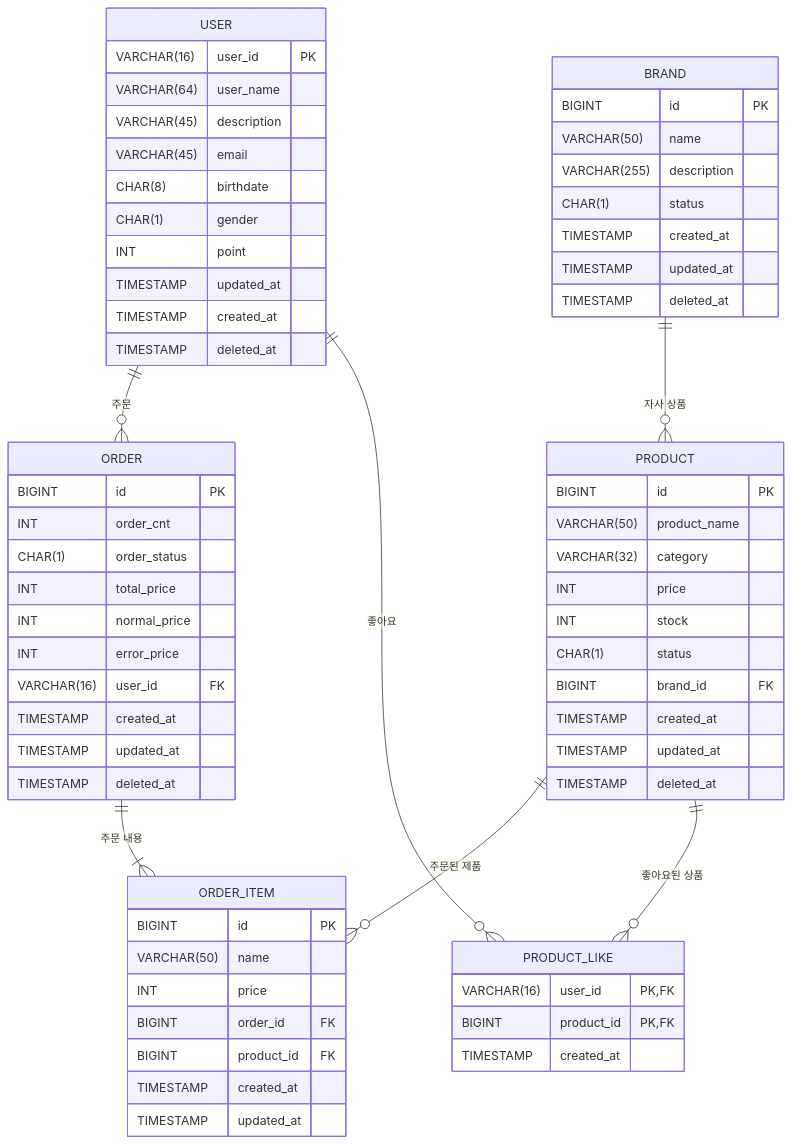
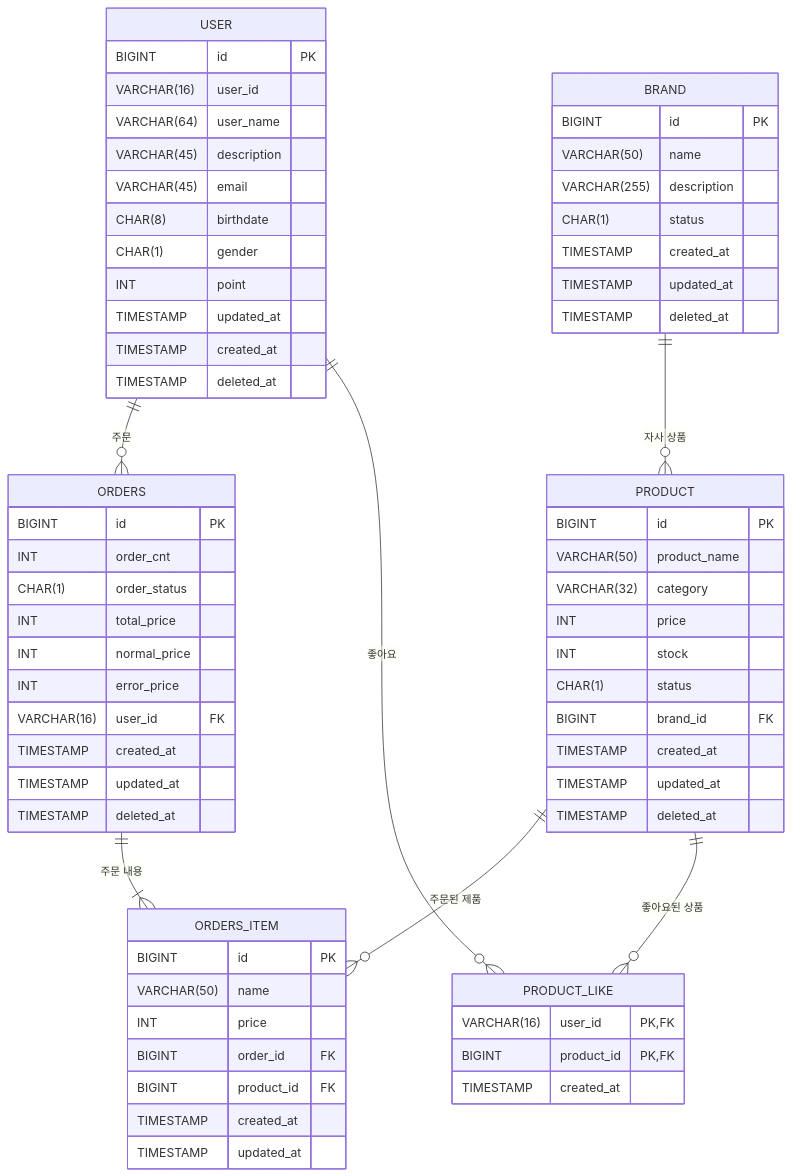
The diagram in docs/week2/04-erd.md (Loopers-dev-lab/loopers-spring-java-template), drawn with Mermaid before and after one commit.

Commit message:
fix: erd 업데이트
- order 테이블 -> orders 테이블

````diff
--- a/docs/week2/04-erd.md
+++ b/docs/week2/04-erd.md
@@ -20,78 +20,79 @@
 ```mermaid
 erDiagram
 
     USER {
-        VARCHAR(16) user_id PK
+        BIGINT id PK
+        VARCHAR(16) user_id 
         VARCHAR(64) user_name 
         VARCHAR(45) description 
         VARCHAR(45) email
         CHAR(8) birthdate
         CHAR(1) gender
         INT point
         TIMESTAMP updated_at
         TIMESTAMP created_at
         TIMESTAMP deleted_at
     }
 
     PRODUCT {
         BIGINT id PK
         VARCHAR(50) product_name
         VARCHAR(32) category
         INT price
         INT stock
         CHAR(1) status
         BIGINT brand_id FK
         TIMESTAMP created_at
         TIMESTAMP updated_at
         TIMESTAMP deleted_at
     }
 
     BRAND {
         BIGINT id PK
         VARCHAR(50) name
         VARCHAR(255) description
         CHAR(1) status
         TIMESTAMP created_at
         TIMESTAMP updated_at
         TIMESTAMP deleted_at
     }
 
     PRODUCT_LIKE {
         VARCHAR(16) user_id PK, FK
         BIGINT product_id PK, FK
         TIMESTAMP created_at
     }
 
-    ORDER {
+    ORDERS {
         BIGINT id PK
         INT order_cnt
         CHAR(1) order_status
         INT total_price
         INT normal_price
         INT error_price
         VARCHAR(16) user_id FK
         TIMESTAMP created_at
         TIMESTAMP updated_at
         TIMESTAMP deleted_at
         
     }
 
-    ORDER_ITEM {
+    ORDERS_ITEM {
         BIGINT id PK
         VARCHAR(50) name
         INT price
         BIGINT order_id FK
         BIGINT product_id FK
         TIMESTAMP created_at
         TIMESTAMP updated_at
     }
 
     %% Relationships
-    USER ||--o{ ORDER : "주문"
-    ORDER ||--|{ ORDER_ITEM : "주문 내용"
-    PRODUCT ||--o{ ORDER_ITEM : "주문된 제품"
+    USER ||--o{ ORDERS : "주문"
+    ORDERS ||--|{ ORDERS_ITEM : "주문 내용"
+    PRODUCT ||--o{ ORDERS_ITEM : "주문된 제품"
     USER ||--o{ PRODUCT_LIKE : "좋아요"
     PRODUCT ||--o{ PRODUCT_LIKE : "좋아요된 상품"
     BRAND ||--o{ PRODUCT : "자사 상품"
 
 ```
````
